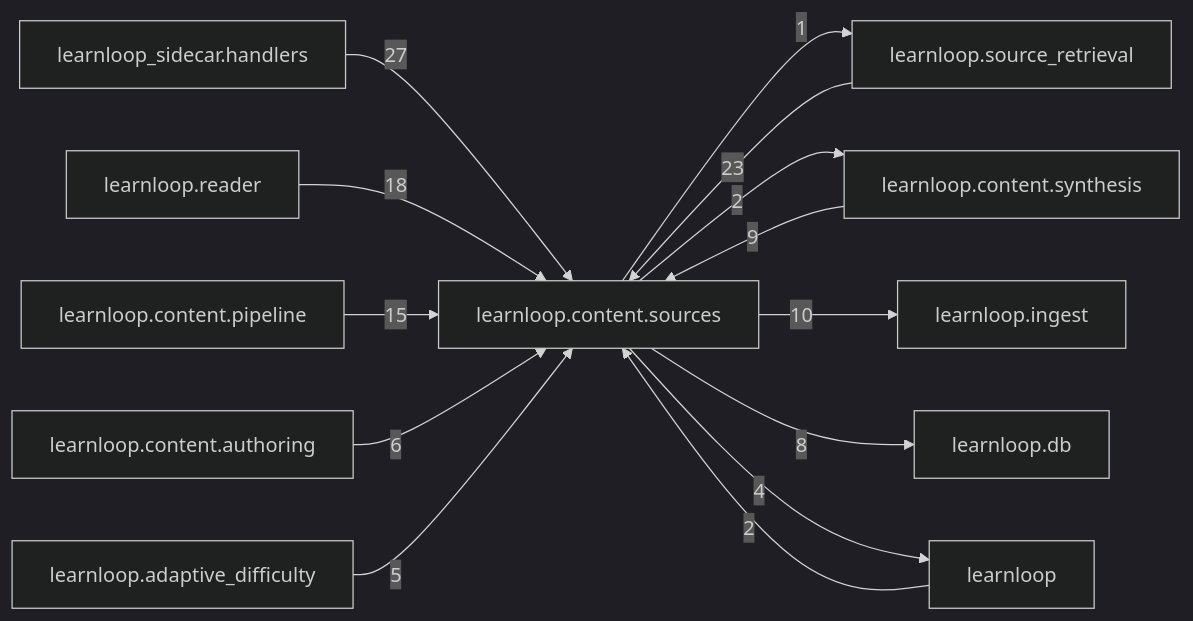
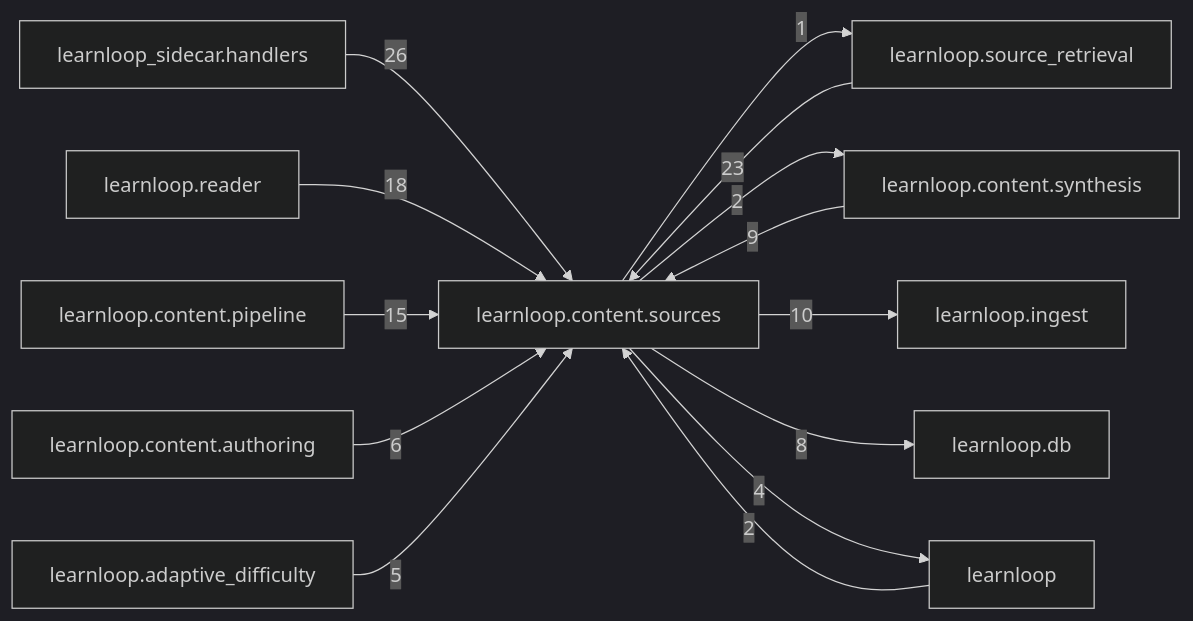
The diagram in docs/learnloop-architecture-vault/Reference/Modules/learnloop/content/sources/_package.md (6up-b/learnanything), drawn with Mermaid (dark theme) before and after one commit. The commit also changed other lines of this file and 122 other files, not shown here.

````diff
--- a/docs/learnloop-architecture-vault/Reference/Modules/learnloop/content/sources/_package.md
+++ b/docs/learnloop-architecture-vault/Reference/Modules/learnloop/content/sources/_package.md
@@ -124,27 +124,27 @@
 ```mermaid
 flowchart LR
     center["learnloop.content.sources"]
     n_learnloop_sidecar_handlers["learnloop_sidecar.handlers"]
     n_learnloop_source_retrieval["learnloop.source_retrieval"]
     n_learnloop_reader["learnloop.reader"]
     n_learnloop_content_pipeline["learnloop.content.pipeline"]
     n_learnloop_content_synthesis["learnloop.content.synthesis"]
     n_learnloop_ingest["learnloop.ingest"]
     n_learnloop_db["learnloop.db"]
     n_learnloop["learnloop"]
     n_learnloop_content_authoring["learnloop.content.authoring"]
     n_learnloop_adaptive_difficulty["learnloop.adaptive_difficulty"]
-    n_learnloop_sidecar_handlers -->|27| center
+    n_learnloop_sidecar_handlers -->|26| center
     n_learnloop_source_retrieval -->|23| center
     center -->|1| n_learnloop_source_retrieval
     n_learnloop_reader -->|18| center
     n_learnloop_content_pipeline -->|15| center
     n_learnloop_content_synthesis -->|9| center
     center -->|2| n_learnloop_content_synthesis
     center -->|10| n_learnloop_ingest
     center -->|8| n_learnloop_db
     n_learnloop -->|2| center
     center -->|4| n_learnloop
     n_learnloop_content_authoring -->|6| center
     n_learnloop_adaptive_difficulty -->|5| center
 ```
````
